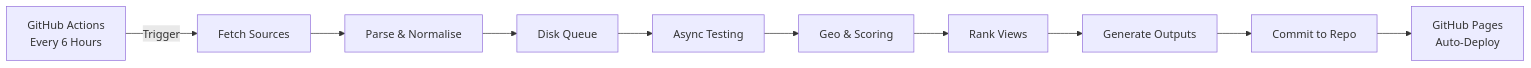
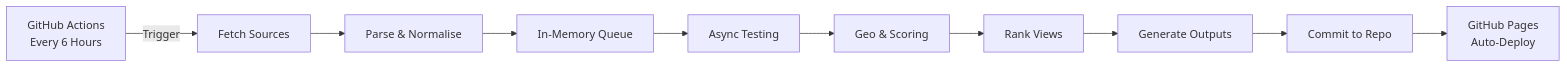
Before and after one commit to AmirrezaFarnamTaheri/ConfigStream: the diagram in README.md, drawn with Mermaid. The commit also changed other lines of this file and 12 other files, not shown here.

````diff
--- a/README.md
+++ b/README.md
@@ -60,12 +60,12 @@
 ```mermaid
 graph LR
     A[GitHub Actions<br/>Every 6 Hours] -->|Trigger| B[Fetch Sources]
     B --> C[Parse & Normalise]
-    C --> D[Disk Queue]
+    C --> D[In-Memory Queue]
     D --> E[Async Testing]
     E --> F[Geo & Scoring]
     F --> G[Rank Views]
     G --> H[Generate Outputs]
     H --> I[Commit to Repo]
     I --> J[GitHub Pages<br/>Auto-Deploy]
 ```
````
